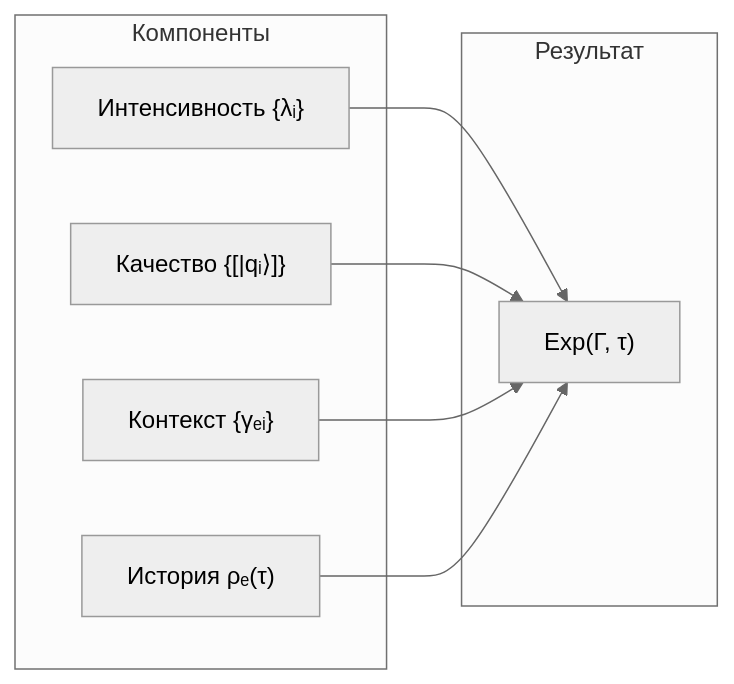
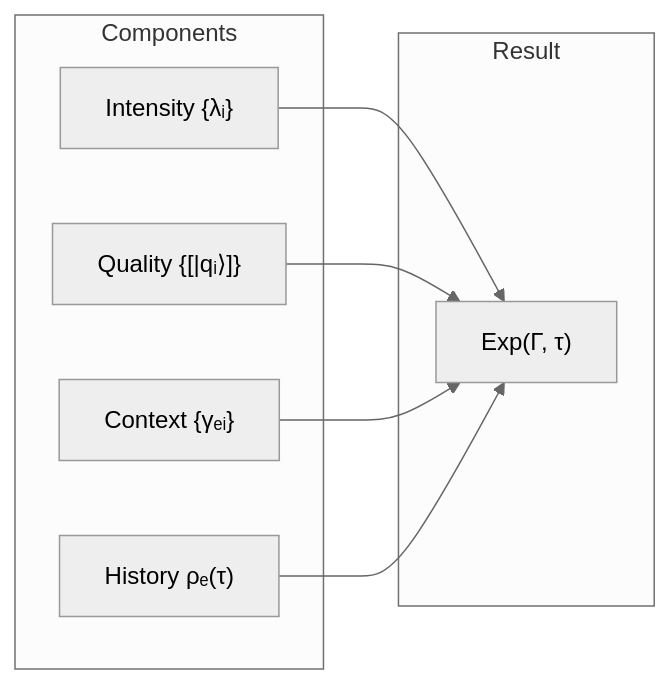
Before and after one commit to gst-st/uhm: the diagram in website/docs/consciousness/foundations/interiority-theory.md, drawn with Mermaid (neutral theme). The commit also changed other lines of this file and 79 other files, not shown here.

````diff
--- a/website/docs/consciousness/foundations/interiority-theory.md
+++ b/website/docs/consciousness/foundations/interiority-theory.md
@@ -449,16 +449,16 @@
 ```mermaid
 graph LR
-    subgraph Input["Компоненты"]
-        I["Интенсивность {λᵢ}"]
-        Q["Качество {[|qᵢ⟩]}"]
-        C["Контекст {γₑᵢ}"]
-        H["История ρₑ#40;τ#41;"]
+    subgraph Input["Components"]
+        I["Intensity {λᵢ}"]
+        Q["Quality {[|qᵢ⟩]}"]
+        C["Context {γₑᵢ}"]
+        H["History ρₑ#40;τ#41;"]
     end
-    subgraph Output["Результат"]
+    subgraph Output["Result"]
         Exp["Exp#40;Γ, τ#41;"]
     end
     I --> Exp
     Q --> Exp
     C --> Exp
     H --> Exp
 ```
````
